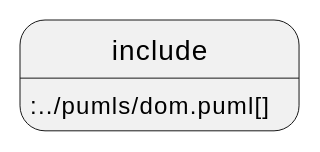
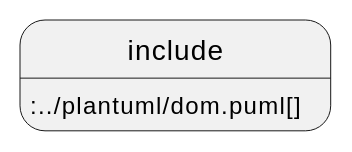
Before and after one commit to 2223-3bhif-syp/02-projekte-restaurant-bestellsystem: the second of 2 diagrams in asciidocs/Pflichtenheft.adoc, drawn with PlantUML. The commit also changed other lines of this file and 3 other files, not shown here.

```diff
--- a/asciidocs/Pflichtenheft.adoc
+++ b/asciidocs/Pflichtenheft.adoc
@@ -72,4 +72,4 @@
 [plantuml]
 ----
-include::../pumls/dom.puml[]
+include::../plantuml/dom.puml[]
 ----
```
